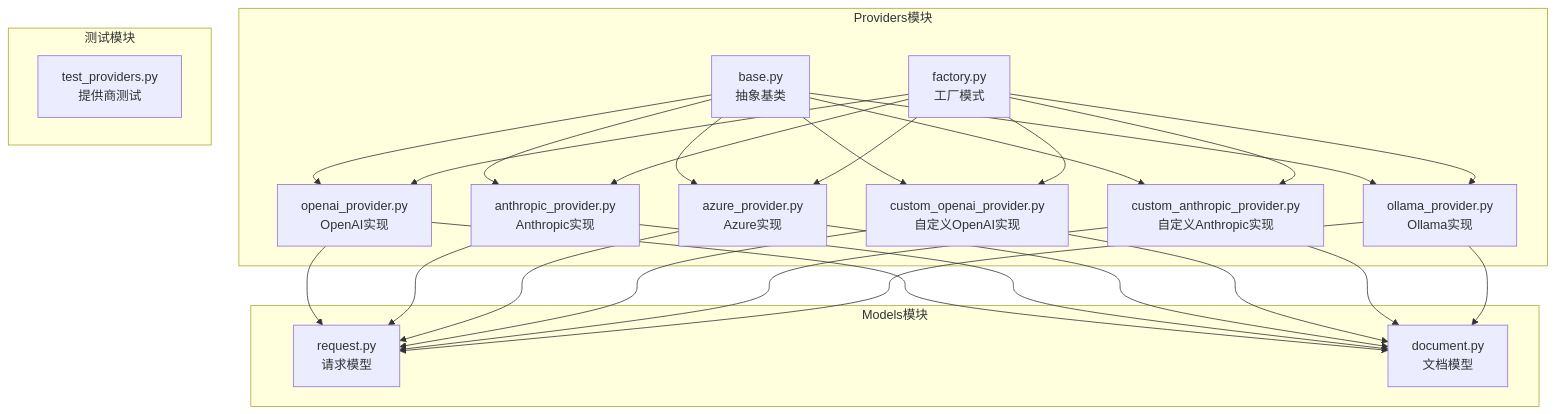
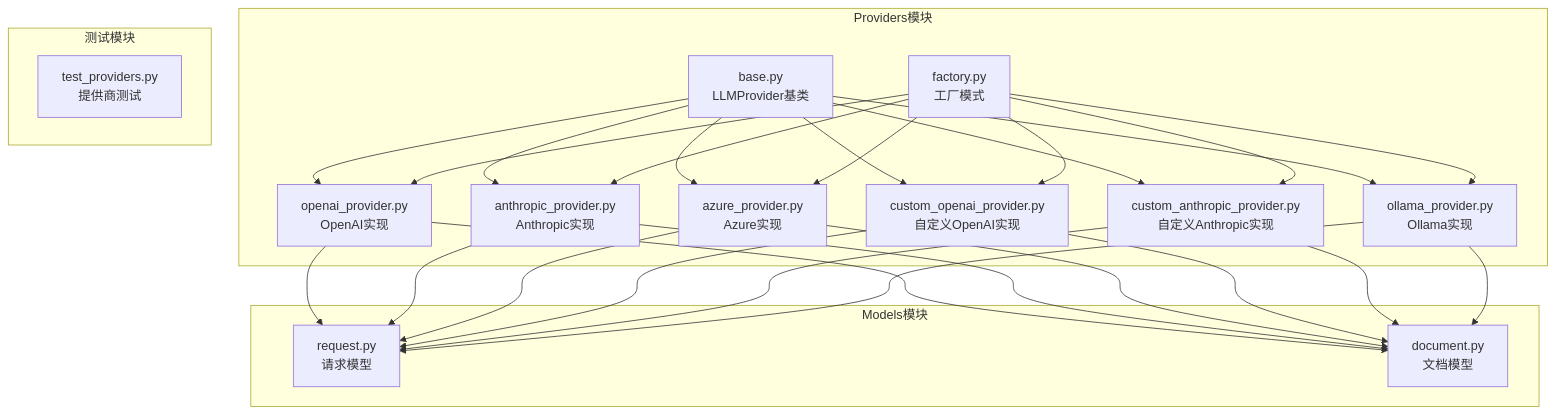
The first of 7 diagrams in .qoder/repowiki/zh/content/LLM提供商适配/提供商接口规范.md (wowzhangji/doc_ai_parser), drawn with Mermaid before and after one commit. The commit also changed other lines of this file and 25 other files, not shown here.

````diff
--- a/.qoder/repowiki/zh/content/LLM提供商适配/提供商接口规范.md
+++ b/.qoder/repowiki/zh/content/LLM提供商适配/提供商接口规范.md
@@ -39,44 +47,44 @@
 ```mermaid
 graph TB
 subgraph "Providers模块"
-Base[base.py<br/>抽象基类]
+Base[base.py<br/>LLMProvider基类]
 Factory[factory.py<br/>工厂模式]
 OpenAI[openai_provider.py<br/>OpenAI实现]
 Anthropic[anthropic_provider.py<br/>Anthropic实现]
 Azure[azure_provider.py<br/>Azure实现]
 CustomOpenAI[custom_openai_provider.py<br/>自定义OpenAI实现]
 CustomAnthropic[custom_anthropic_provider.py<br/>自定义Anthropic实现]
 Ollama[ollama_provider.py<br/>Ollama实现]
 end
 subgraph "Models模块"
 Request[request.py<br/>请求模型]
 Document[document.py<br/>文档模型]
 end
 subgraph "测试模块"
 Tests[test_providers.py<br/>提供商测试]
 end
 Base --> OpenAI
 Base --> Anthropic
 Base --> Azure
 Base --> CustomOpenAI
 Base --> CustomAnthropic
 Base --> Ollama
 Factory --> OpenAI
 Factory --> Anthropic
 Factory --> Azure
 Factory --> CustomOpenAI
 Factory --> CustomAnthropic
 Factory --> Ollama
 OpenAI --> Request
 OpenAI --> Document
 Anthropic --> Request
 Anthropic --> Document
 Azure --> Request
 Azure --> Document
 CustomOpenAI --> Request
 CustomOpenAI --> Document
 CustomAnthropic --> Request
 CustomAnthropic --> Document
 Ollama --> Request
 Ollama --> Document
 ```
````
